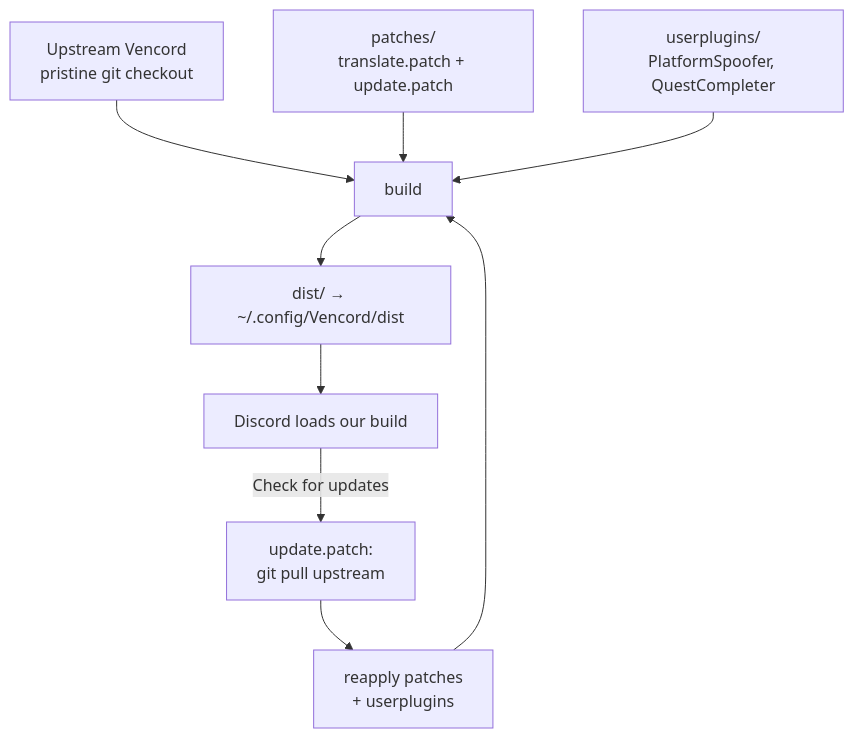
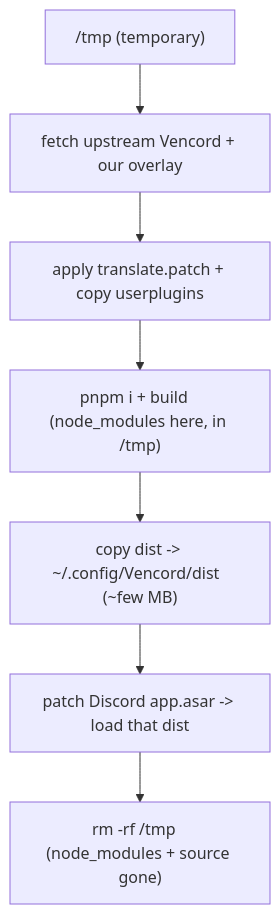
One commit to DarkPhilosophy/v changed the diagram in .github/README.md. Above: the diagram before and after it, drawn with Mermaid. The commit also changed other lines of this file and 3 other files, not shown here.

First line of the commit message:
build-live model: single install.sh builds in /tmp, keeps only dist

````diff
--- a/.github/README.md
+++ b/.github/README.md
@@ -21,11 +23,9 @@
 ```mermaid
 graph TD
-  U["Upstream Vencord<br/>pristine git checkout"] --> B["build"]
-  P["patches/<br/>translate.patch + update.patch"] --> B
-  UP["userplugins/<br/>PlatformSpoofer, QuestCompleter"] --> B
-  B --> D["dist/ → ~/.config/Vencord/dist"]
-  D --> DC["Discord loads our build"]
-  DC -->|"Check for updates"| GP["update.patch:<br/>git pull upstream"]
-  GP --> RA["reapply patches<br/>+ userplugins"]
-  RA --> B
+  T["/tmp (temporary)"] --> C["fetch upstream Vencord + our overlay"]
+  C --> P["apply translate.patch + copy userplugins"]
+  P --> B["pnpm i + build   (node_modules here, in /tmp)"]
+  B --> D["copy dist -> ~/.config/Vencord/dist  (~few MB)"]
+  D --> A["patch Discord app.asar -> load that dist"]
+  A --> X["rm -rf /tmp   (node_modules + source gone)"]
 ```
````
